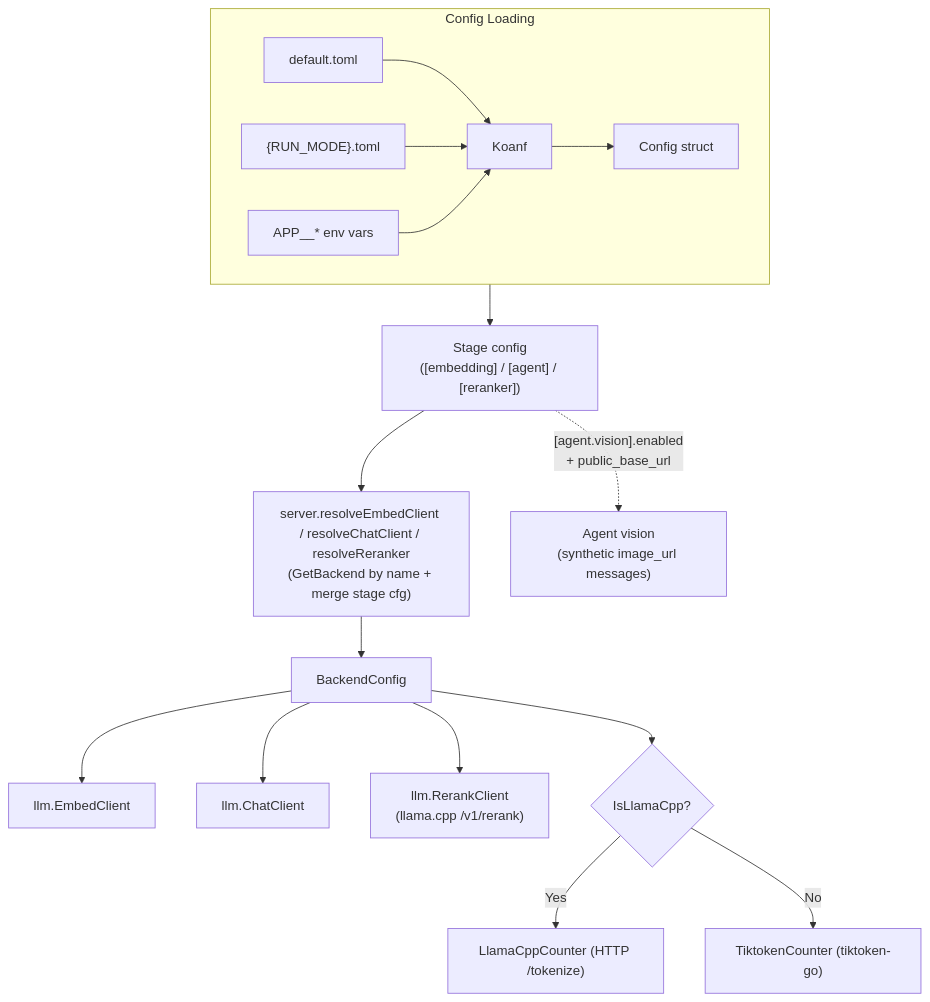
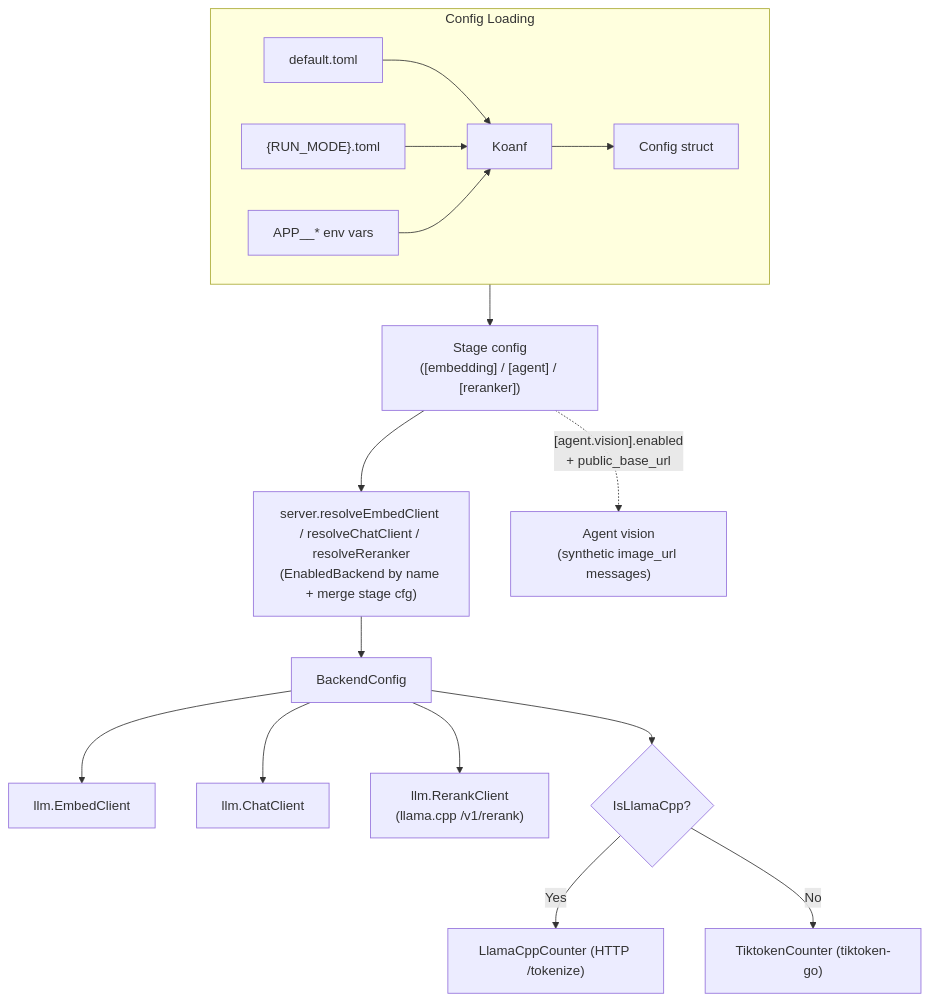
Before and after one commit to klnstprx/etsi-rag: the sixth of 8 diagrams in docs/diagrams.md, drawn with Mermaid. The commit also changed other lines of this file and 131 other files, not shown here.

````diff
--- a/docs/diagrams.md
+++ b/docs/diagrams.md
@@ -223,21 +223,21 @@
 ```mermaid
 flowchart TD
     subgraph Loading["Config Loading"]
         direction LR
         Default["default.toml"] & EnvToml["{RUN_MODE}.toml"] & EnvVars["APP__* env vars"] --> Koanf
         Koanf --> Config["Config struct"]
     end
 
     Config --> Stage["Stage config<br/>([embedding] / [agent] / [reranker])"]
-    Stage --> Resolve["server.resolveEmbedClient / resolveChatClient / resolveReranker<br/>(GetBackend by name + merge stage cfg)"]
+    Stage --> Resolve["server.resolveEmbedClient / resolveChatClient / resolveReranker<br/>(EnabledBackend by name + merge stage cfg)"]
     Resolve --> Backend["BackendConfig"]
 
     Backend --> EmbedClient["llm.EmbedClient"]
     Backend --> ChatClient["llm.ChatClient"]
     Backend --> RerankClient["llm.RerankClient<br/>(llama.cpp /v1/rerank)"]
     Backend --> Counter{"IsLlamaCpp?"}
     Counter -->|"Yes"| LlamaCounter["LlamaCppCounter (HTTP /tokenize)"]
     Counter -->|"No"| Tiktoken["TiktokenCounter (tiktoken-go)"]
 
     Stage -.->|"[agent.vision].enabled<br/>+ public_base_url"| VisionFlag["Agent vision<br/>(synthetic image_url messages)"]
 ```
````
